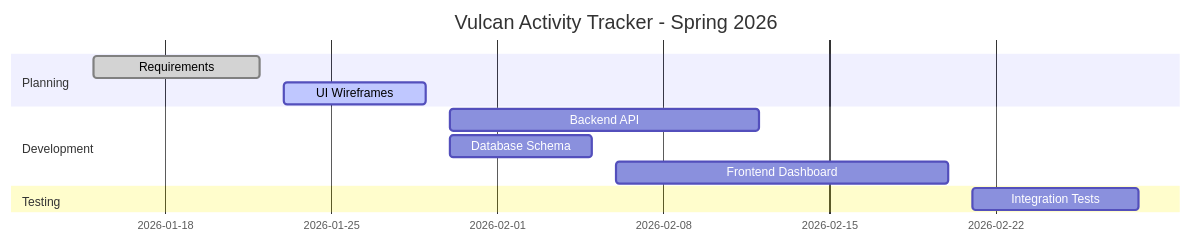
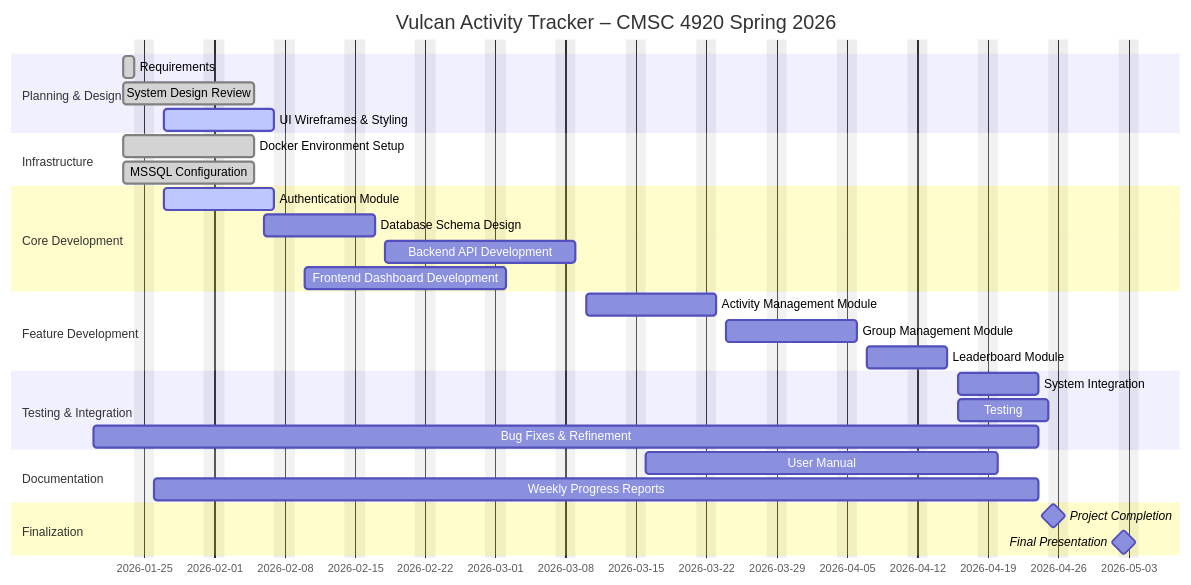
One commit to jjdeuce06/VulcanActivityTracker changed the diagram in docs/progress/gantt.md. Above: the diagram before and after it, drawn with Mermaid.

Commit message:
gantt chart fix

````diff
--- a/docs/progress/gantt.md
+++ b/docs/progress/gantt.md
@@ -1,17 +1,39 @@
 ```mermaid
 gantt
-  title Vulcan Activity Tracker - Spring 2026
-  dateFormat  YYYY-MM-DD
+  title Vulcan Activity Tracker – CMSC 4920 Spring 2026
+  dateFormat YYYY-MM-DD
+  excludes weekends
 
-  section Planning
-  Requirements       :done, 2026-01-15, 2026-01-22
-  UI Wireframes      :active, 2026-01-23, 2026-01-29
+  section Planning & Design
+  Requirements :done, req, 2026-01-23, 2026-01-24
+  System Design Review :done, des, 2026-01-23, 2026-02-05
+  UI Wireframes & Styling :active, ui, 2026-01-27, 2026-02-07
 
-  section Development
-  Backend API        :2026-01-30, 2026-02-12
-  Database Schema    :2026-01-30, 2026-02-05
-  Frontend Dashboard :2026-02-06, 2026-02-20
+  section Infrastructure
+  Docker Environment Setup :done, dock, 2026-01-23, 2026-02-05
+  MSSQL Configuration :done, dbconf, 2026-01-23, 2026-02-05
 
-  section Testing
-  Integration Tests  :2026-02-21, 2026-02-28
+  section Core Development
+  Authentication Module :active, auth, 2026-01-27, 2026-02-07
+  Database Schema Design :db, 2026-02-06, 2026-02-17
+  Backend API Development :api, 2026-02-18, 2026-03-09
+  Frontend Dashboard Development :front, 2026-02-10, 2026-03-02
+
+  section Feature Development
+  Activity Management Module :act, 2026-03-10, 2026-03-23
+  Group Management Module :group, 2026-03-24, 2026-04-06
+  Leaderboard Module :lead, 2026-04-07, 2026-04-15
+
+  section Testing & Integration
+  System Integration :int, 2026-04-16, 2026-04-24
+  Testing :test, 2026-04-16, 2026-04-25
+  Bug Fixes & Refinement :fix, 2026-01-20, 2026-04-24
+
+  section Documentation
+  User Manual :manual, 2026-03-16, 2026-04-20
+  Weekly Progress Reports :reports, 2026-01-26, 2026-04-24
+
+  section Finalization
+  Project Completion :milestone, complete, 2026-04-24, 1d
+  Final Presentation :milestone, pres, 2026-05-01, 1d
 ```
````
